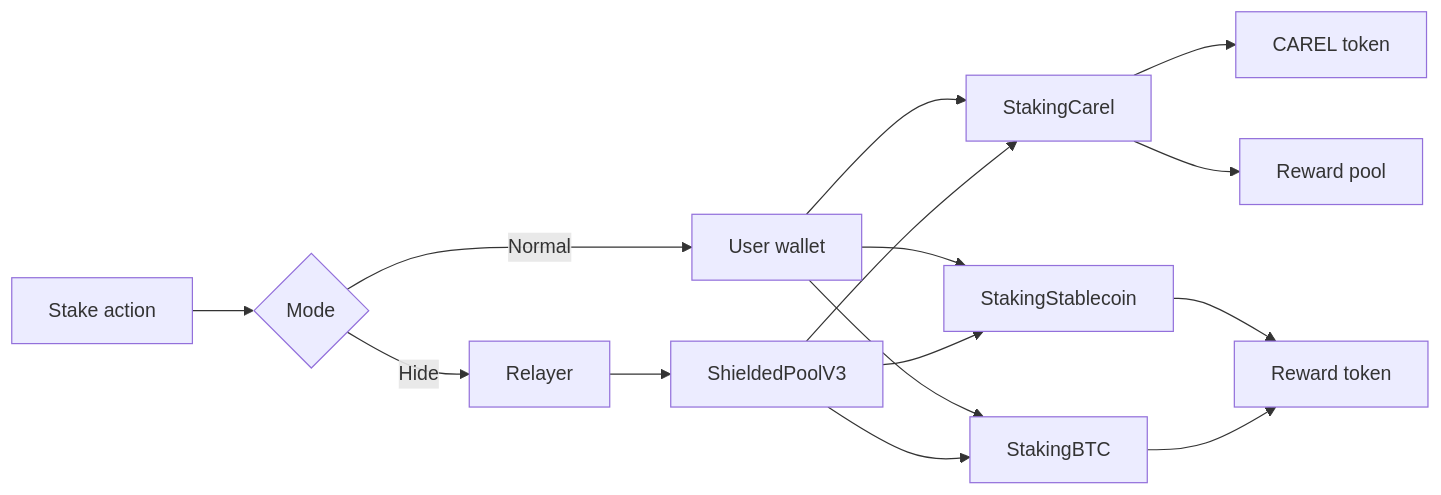
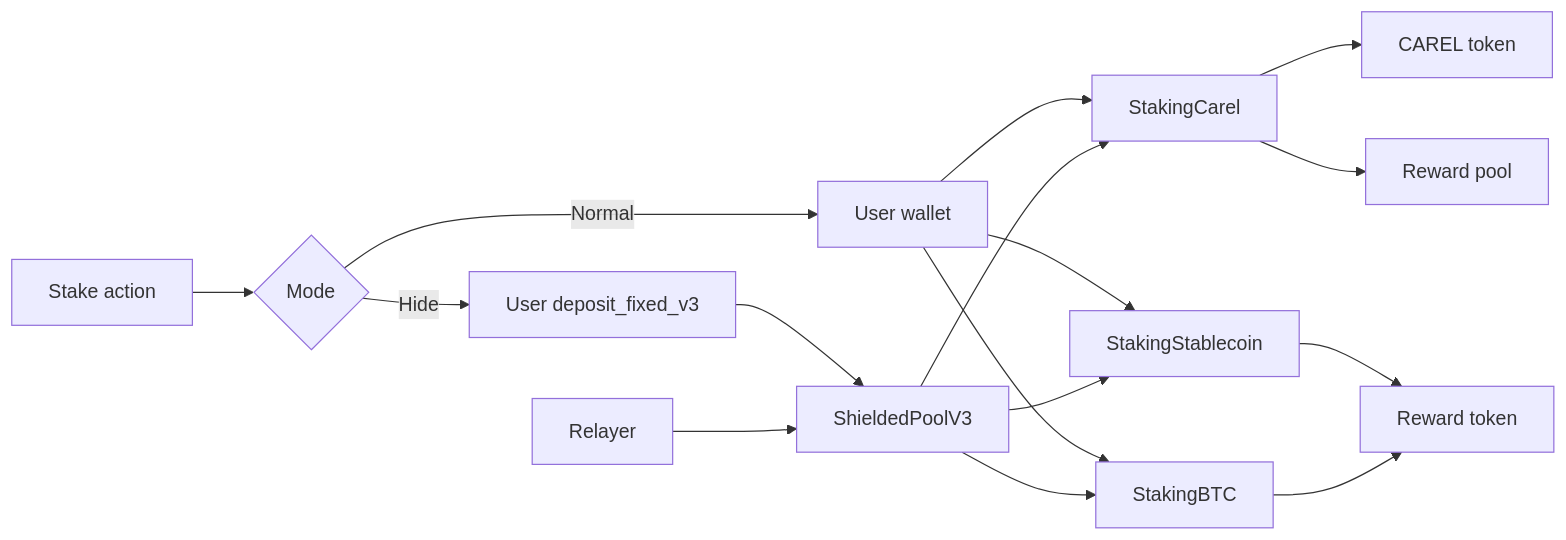
Before and after one commit to ntfound-dev/zkcarel_protocol: the fourth of 4 diagrams in smartcontract/README.md, drawn with Mermaid. The commit also changed other lines of this file and 1 other file, not shown here.

Commit message:
docs: align mode flow with note and rewards behavior

````diff
--- a/smartcontract/README.md
+++ b/smartcontract/README.md
@@ -161,17 +164,18 @@
 ```mermaid
 flowchart LR
   A[Stake action] --> B{Mode}
   B -->|Normal| U[User wallet]
   U --> SCAREL[StakingCarel]
   U --> SSTABLE[StakingStablecoin]
   U --> SBTC[StakingBTC]
-  B -->|Hide| R[Relayer]
-  R --> EXEC[ShieldedPoolV3]
+  B -->|Hide| NOTE[User deposit_fixed_v3]
+  NOTE --> EXEC[ShieldedPoolV3]
+  R[Relayer] --> EXEC
   EXEC --> SCAREL
   EXEC --> SSTABLE
   EXEC --> SBTC
   SCAREL --> CAREL[CAREL token]
   SCAREL --> RPOOL[Reward pool]
   SSTABLE --> RTOKEN[Reward token]
   SBTC --> RTOKEN
 ```
````
